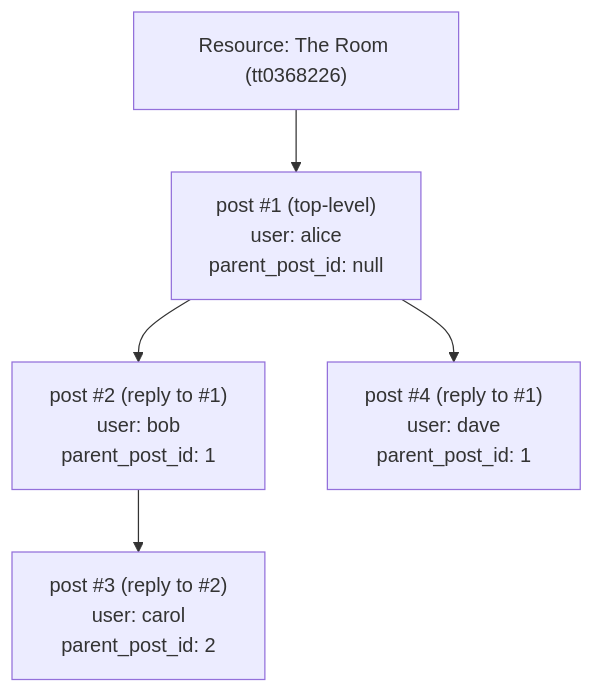
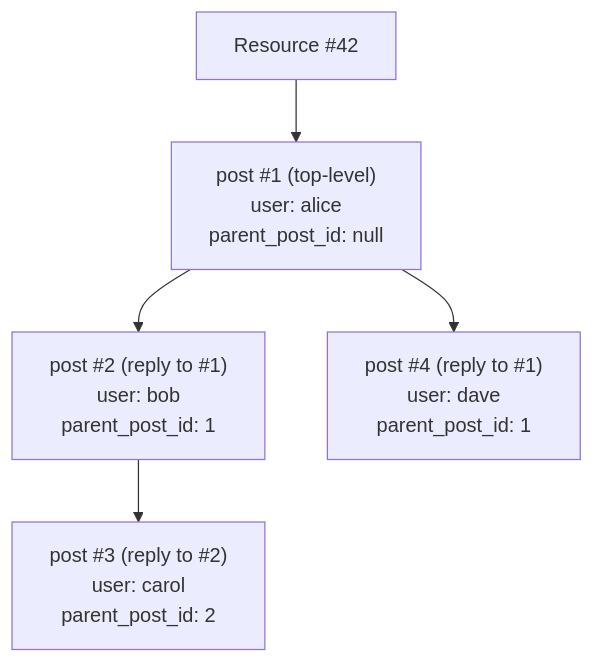
The second of 2 diagrams in backend/posts/docs/design-spec.md (jmejorada1/my-fun-projects), drawn with Mermaid before and after one commit. The commit also changed other lines of this file and 28 other files, not shown here.

````diff
--- a/backend/posts/docs/design-spec.md
+++ b/backend/posts/docs/design-spec.md
@@ -193,13 +201,13 @@
 ```mermaid
 flowchart TD
-    R["Resource: The Room (tt0368226)"]
+    R["Resource #42"]
     P1["post #1 (top-level)\nuser: alice\nparent_post_id: null"]
     P2["post #2 (reply to #1)\nuser: bob\nparent_post_id: 1"]
     P3["post #3 (reply to #2)\nuser: carol\nparent_post_id: 2"]
     P4["post #4 (reply to #1)\nuser: dave\nparent_post_id: 1"]
 
     R --> P1
     P1 --> P2
     P2 --> P3
     P1 --> P4
 ```
````
